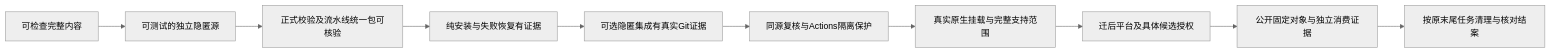
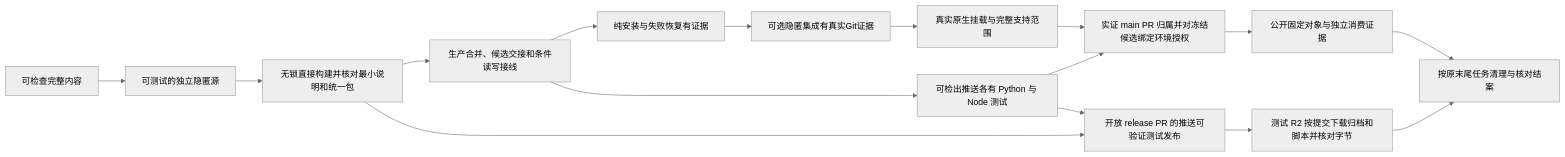
One commit to Ena-Heleneto/agent-foundry changed the second of 3 diagrams in specs/skills/001-skills-distribution/analysis/spec-analysis/flows.md. Above: the diagram before and after it, drawn with Mermaid (neutral theme). The commit also changed other lines of this file and 99 other files, not shown here.

````diff
--- a/specs/skills/001-skills-distribution/analysis/spec-analysis/flows.md
+++ b/specs/skills/001-skills-distribution/analysis/spec-analysis/flows.md
@@ -25,12 +25,18 @@
 ```mermaid
 flowchart LR
     A[可检查完整内容] --> B[可测试的独立隐匿源]
-    B --> C[正式校验及流水线统一包可核验]
-    C --> D[纯安装与失败恢复有证据]
+    B --> C[无锁直接构建并核对最小说明和统一包]
+    C --> F[生产合并、候选交接和条件读写接线]
+    F --> P[可检出推送各有 Python 与 Node 测试]
+    P --> T[开放 release PR 的推送可验证测试发布]
+    C --> T
+    T --> X[测试 R2 按提交下载归档和脚本并核对字节]
+    F --> D[纯安装与失败恢复有证据]
     D --> E[可选隐匿集成有真实Git证据]
-    E --> F[同源复核与Actions隔离保护]
-    F --> G[真实原生挂载与完整支持范围]
-    G --> H[迁后平台及具体候选授权]
+    E --> G[真实原生挂载与完整支持范围]
+    G --> H[实证 main PR 归属并对冻结候选绑定环境授权]
+    P --> H
     H --> I[公开固定对象与独立消费证据]
     I --> J[按原末尾任务清理与核对结案]
+    X --> J
 ```
````
